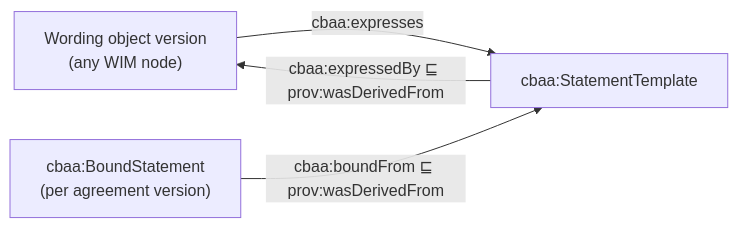
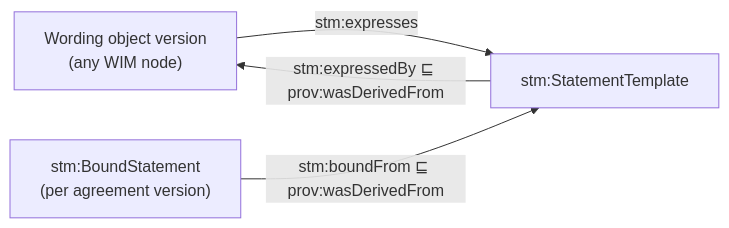
Before and after one commit to nebularis/open-cbaa: diagram 19 of 52 in docs/architecture.md, drawn with Mermaid. The commit also changed other lines of this file and 44 other files, not shown here.

````diff
--- a/docs/architecture.md
+++ b/docs/architecture.md
@@ -434,6 +440,6 @@
 ```mermaid
 flowchart LR
-    W["Wording object version<br/>(any WIM node)"] -->|"cbaa:expresses"| TP["cbaa:StatementTemplate"]
-    TP -->|"cbaa:expressedBy ⊑ prov:wasDerivedFrom"| W
-    BS["cbaa:BoundStatement<br/>(per agreement version)"] -->|"cbaa:boundFrom ⊑ prov:wasDerivedFrom"| TP
+    W["Wording object version<br/>(any WIM node)"] -->|"stm:expresses"| TP["stm:StatementTemplate"]
+    TP -->|"stm:expressedBy ⊑ prov:wasDerivedFrom"| W
+    BS["stm:BoundStatement<br/>(per agreement version)"] -->|"stm:boundFrom ⊑ prov:wasDerivedFrom"| TP
 ```
````
